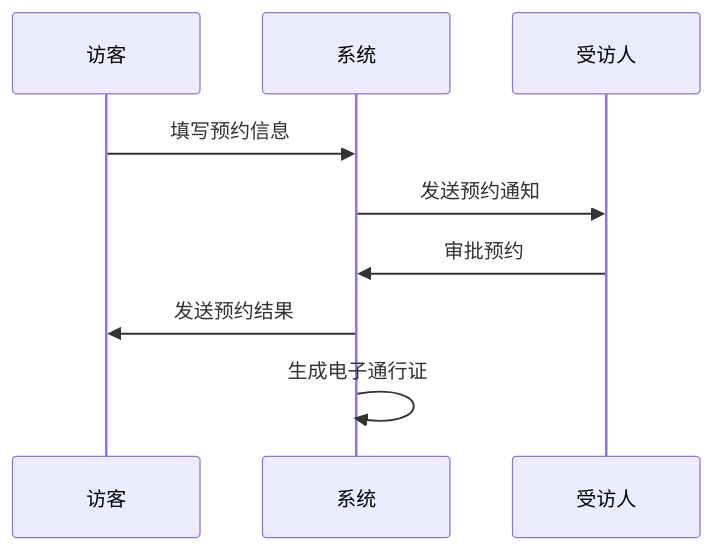
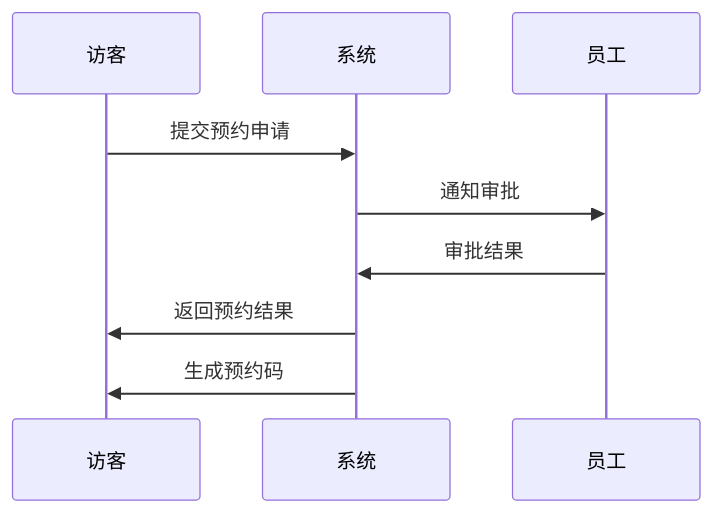
Before and after one commit to yuhaibao39/n8ndeploy: the second of 3 diagrams in devel/outlinedesign.md, drawn with Mermaid. The commit also changed other lines of this file, not shown here.

````diff
--- a/devel/outlinedesign.md
+++ b/devel/outlinedesign.md
@@ -54,8 +67,12 @@
 ```mermaid
 sequenceDiagram
-    访客->>系统: 填写预约信息
-    系统->>受访人: 发送预约通知
-    受访人->>系统: 审批预约
-    系统->>访客: 发送预约结果
-    系统->>系统: 生成电子通行证
+    participant V as 访客
+    participant S as 系统
+    participant E as 员工
+    
+    V->>S: 提交预约申请
+    S->>E: 通知审批
+    E->>S: 审批结果
+    S->>V: 返回预约结果
+    S->>V: 生成预约码
 ```
````
